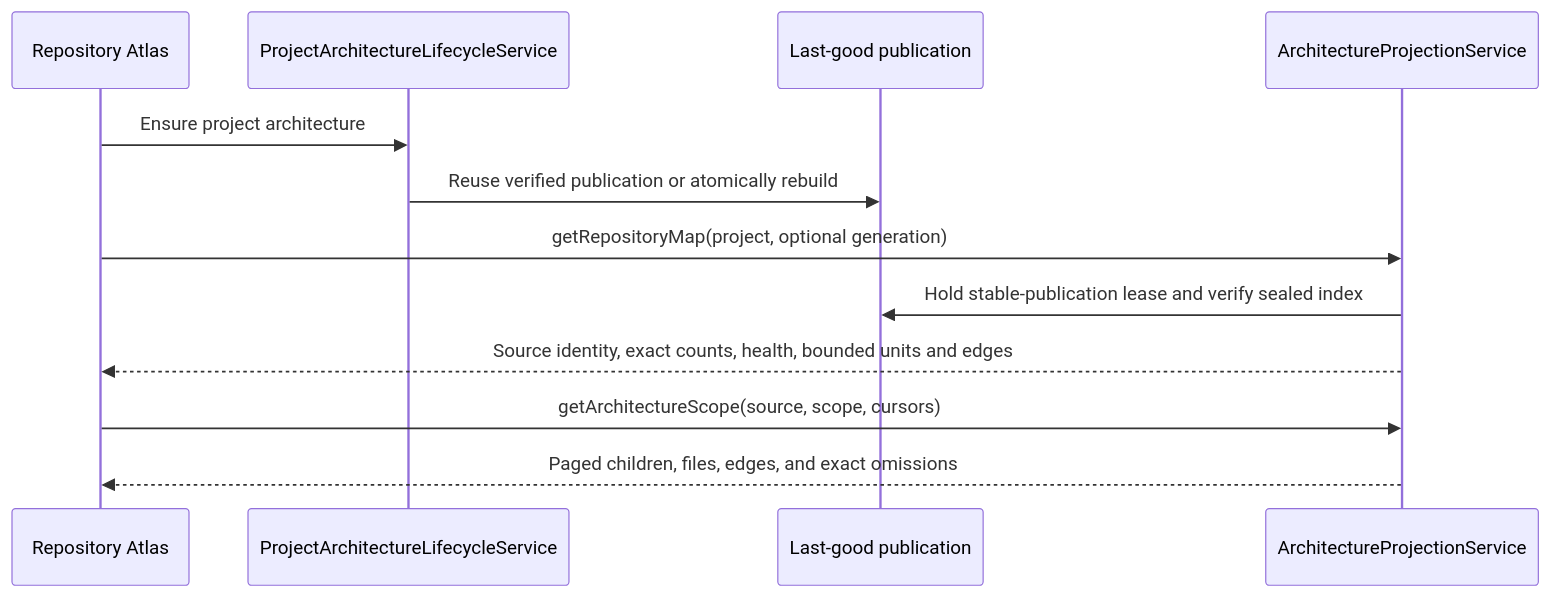
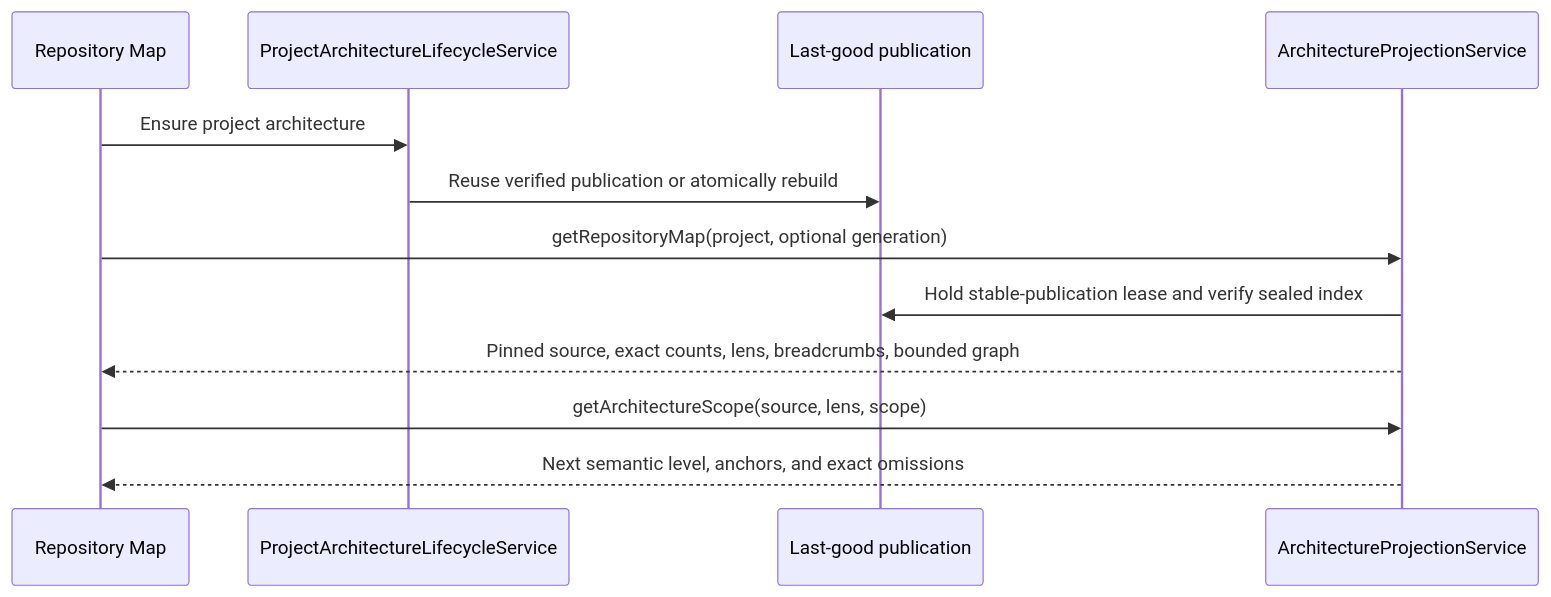
Before and after one commit to ggfincke/456code: the second of 2 diagrams in docs/integrations/cartographer.md, drawn with Mermaid. The commit also changed other lines of this file and 8 other files, not shown here.

Commit message:
docs(plans): record native architecture rescue and cutover

````diff
--- a/docs/integrations/cartographer.md
+++ b/docs/integrations/cartographer.md
@@ -136,15 +154,15 @@
 ```mermaid
 sequenceDiagram
-    participant Web as Repository Atlas
+    participant Web as Repository Map
     participant Lifecycle as ProjectArchitectureLifecycleService
     participant Publication as Last-good publication
     participant Projection as ArchitectureProjectionService
 
     Web->>Lifecycle: Ensure project architecture
     Lifecycle->>Publication: Reuse verified publication or atomically rebuild
     Web->>Projection: getRepositoryMap(project, optional generation)
     Projection->>Publication: Hold stable-publication lease and verify sealed index
-    Projection-->>Web: Source identity, exact counts, health, bounded units and edges
-    Web->>Projection: getArchitectureScope(source, scope, cursors)
-    Projection-->>Web: Paged children, files, edges, and exact omissions
+    Projection-->>Web: Pinned source, exact counts, lens, breadcrumbs, bounded graph
+    Web->>Projection: getArchitectureScope(source, lens, scope)
+    Projection-->>Web: Next semantic level, anchors, and exact omissions
 ```
````
